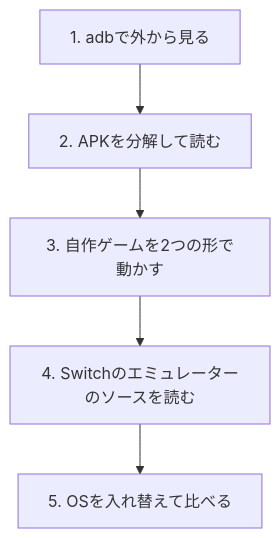
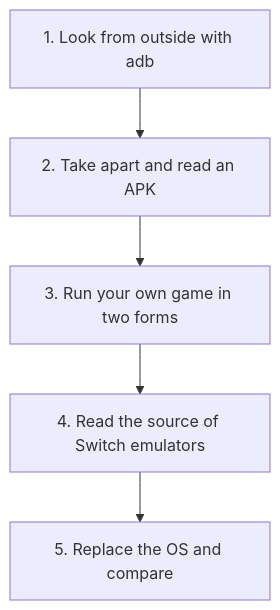
One commit to kiwamizamurai/gaming changed the first of 4 diagrams in articles/24-android-nova.md. Above: the diagram before and after it, drawn with Mermaid. The commit also changed other lines of this file and 46 other files, not shown here.

````diff
--- a/articles/24-android-nova.md
+++ b/articles/24-android-nova.md
@@ -53,7 +53,7 @@
 ```mermaid
 flowchart TD
-  s1["1. adbで外から見る"] --> s2["2. APKを分解して読む"]
-  s2 --> s3["3. 自作ゲームを2つの形で動かす"]
-  s3 --> s4["4. Switchのエミュレーターのソースを読む"]
-  s4 --> s5["5. OSを入れ替えて比べる"]
+  s1["1. Look from outside with adb"] --> s2["2. Take apart and read an APK"]
+  s2 --> s3["3. Run your own game in two forms"]
+  s3 --> s4["4. Read the source of Switch emulators"]
+  s4 --> s5["5. Replace the OS and compare"]
 ```
````
